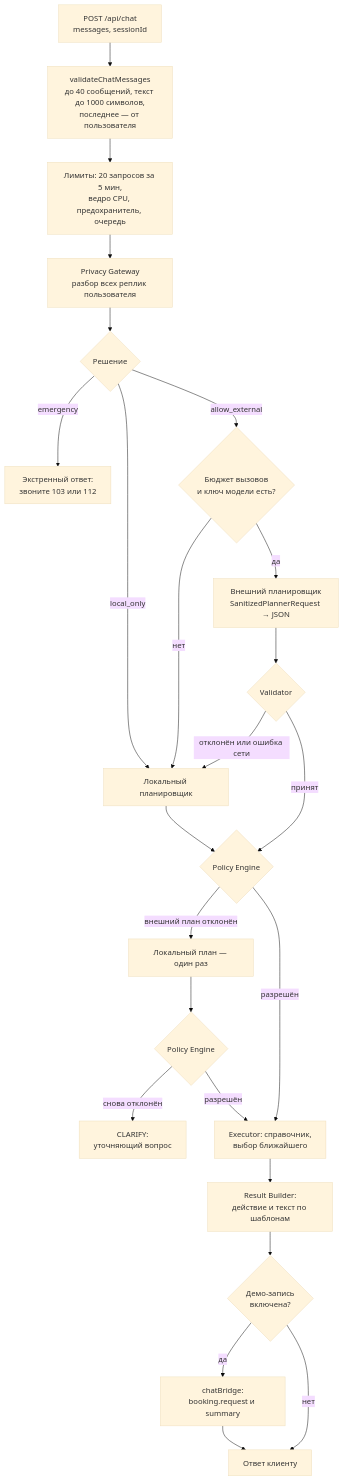
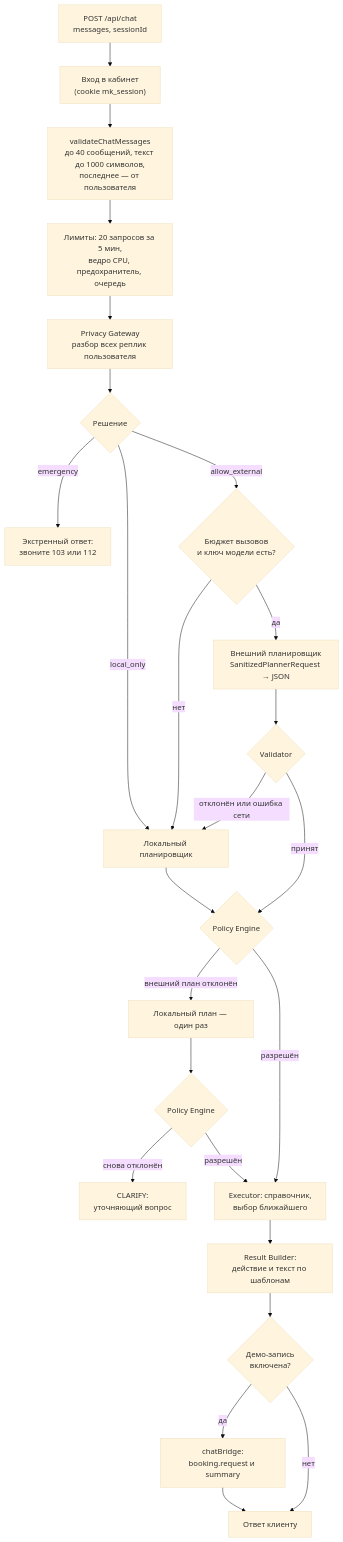
Before and after one commit to MaksimMerkushev/MedKarta: the diagram in docs/06-ai-assistant.md, drawn with Mermaid (base theme). The commit also changed other lines of this file and 8 other files, not shown here.

````diff
--- a/docs/06-ai-assistant.md
+++ b/docs/06-ai-assistant.md
@@ -19,26 +22,27 @@
 ```mermaid
 flowchart TD
-    in["POST /api/chat<br/>messages, sessionId"] --> val["validateChatMessages<br/>до 40 сообщений, текст до 1000 символов,<br/>последнее — от пользователя"]
+    in["POST /api/chat<br/>messages, sessionId"] --> acc["Вход в кабинет<br/>(cookie mk_session)"]
+    acc --> val["validateChatMessages<br/>до 40 сообщений, текст до 1000 символов,<br/>последнее — от пользователя"]
     val --> lim["Лимиты: 20 запросов за 5 мин,<br/>ведро CPU, предохранитель, очередь"]
     lim --> gw["Privacy Gateway<br/>разбор всех реплик пользователя"]
     gw --> dec{"Решение"}
     dec -->|"emergency"| emerg["Экстренный ответ:<br/>звоните 103 или 112"]
     dec -->|"local_only"| local["Локальный планировщик"]
     dec -->|"allow_external"| budget{"Бюджет вызовов<br/>и ключ модели есть?"}
     budget -->|"нет"| local
     budget -->|"да"| ext["Внешний планировщик<br/>SanitizedPlannerRequest → JSON"]
     ext --> v{"Validator"}
     v -->|"отклонён или ошибка сети"| local
     v -->|"принят"| pol{"Policy Engine"}
     local --> pol
     pol -->|"внешний план отклонён"| local2["Локальный план — один раз"]
     local2 --> pol2{"Policy Engine"}
     pol2 -->|"снова отклонён"| clarify["CLARIFY:<br/>уточняющий вопрос"]
     pol -->|"разрешён"| exec["Executor: справочник,<br/>выбор ближайшего"]
     pol2 -->|"разрешён"| exec
     exec --> rb["Result Builder:<br/>действие и текст по шаблонам"]
     rb --> demo{"Демо-запись<br/>включена?"}
     demo -->|"да"| bridge["chatBridge:<br/>booking.request и summary"]
     demo -->|"нет"| out["Ответ клиенту"]
     bridge --> out
 ```
````
